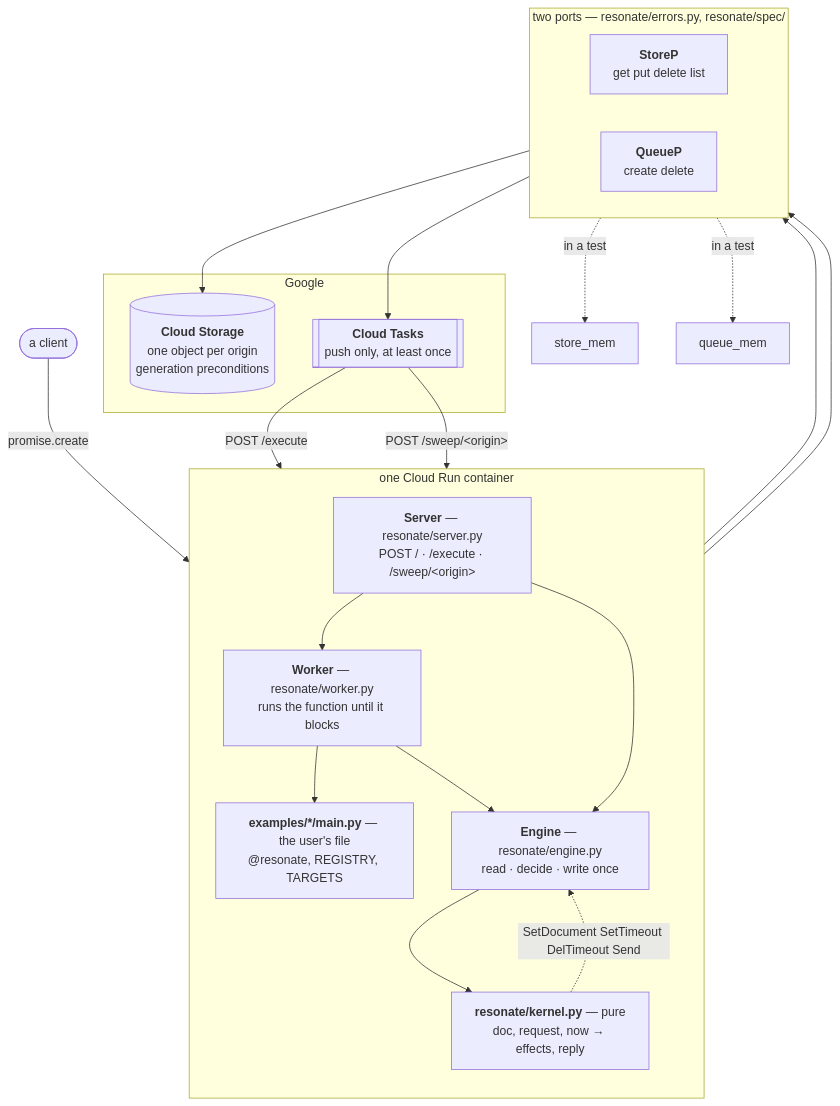
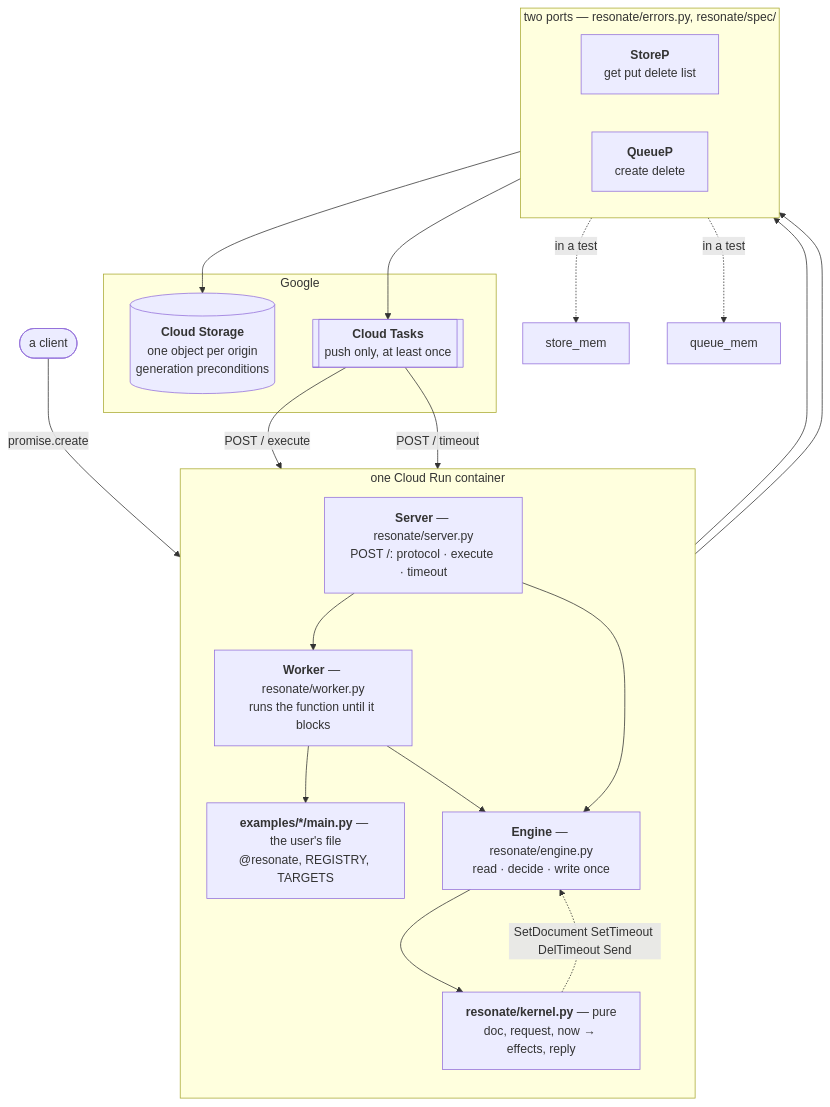
Before and after one commit to resonatehq/durable-execution: the diagram in code/final/ARCHITECTURE.md, drawn with Mermaid. The commit also changed other lines of this file and 27 other files, not shown here.

````diff
--- a/code/final/ARCHITECTURE.md
+++ b/code/final/ARCHITECTURE.md
@@ -9,43 +9,43 @@
 ```mermaid
 flowchart TB
     client(["a client"])
 
     subgraph container["one Cloud Run container"]
         direction TB
-        routes["<b>Server</b> — resonate/server.py<br/>POST / · /execute · /sweep/&lt;origin&gt;"]
+        routes["<b>Server</b> — resonate/server.py<br/>POST /: protocol · execute · timeout"]
         worker["<b>Worker</b> — resonate/worker.py<br/>runs the function until it blocks"]
         app["<b>examples/*/main.py</b> — the user's file<br/>@resonate, REGISTRY, TARGETS"]
         engine["<b>Engine</b> — resonate/engine.py<br/>read · decide · write once"]
         kernel["<b>resonate/kernel.py</b> — pure<br/>doc, request, now → effects, reply"]
     end
 
     subgraph ports["two ports — resonate/errors.py, resonate/spec/"]
         direction LR
         store["<b>StoreP</b><br/>get put delete list"]
         queue["<b>QueueP</b><br/>create delete"]
     end
 
     subgraph google["Google"]
         gcs[("<b>Cloud Storage</b><br/>one object per origin<br/>generation preconditions")]
         tasks[["<b>Cloud Tasks</b><br/>push only, at least once"]]
     end
 
     client -->|"promise.create"| routes
     routes --> worker
     worker --> app
     worker --> engine
     routes --> engine
     engine --> kernel
     kernel -.->|"SetDocument SetTimeout DelTimeout Send"| engine
 
     engine --> store
     engine --> queue
     store --> gcs
     queue --> tasks
 
-    tasks -->|"POST /execute"| routes
-    tasks -->|"POST /sweep/&lt;origin&gt;"| routes
+    tasks -->|"POST / execute"| routes
+    tasks -->|"POST / timeout"| routes
 
     store -.->|"in a test"| storemem["store_mem"]
     queue -.->|"in a test"| queuemem["queue_mem"]
 ```
````
